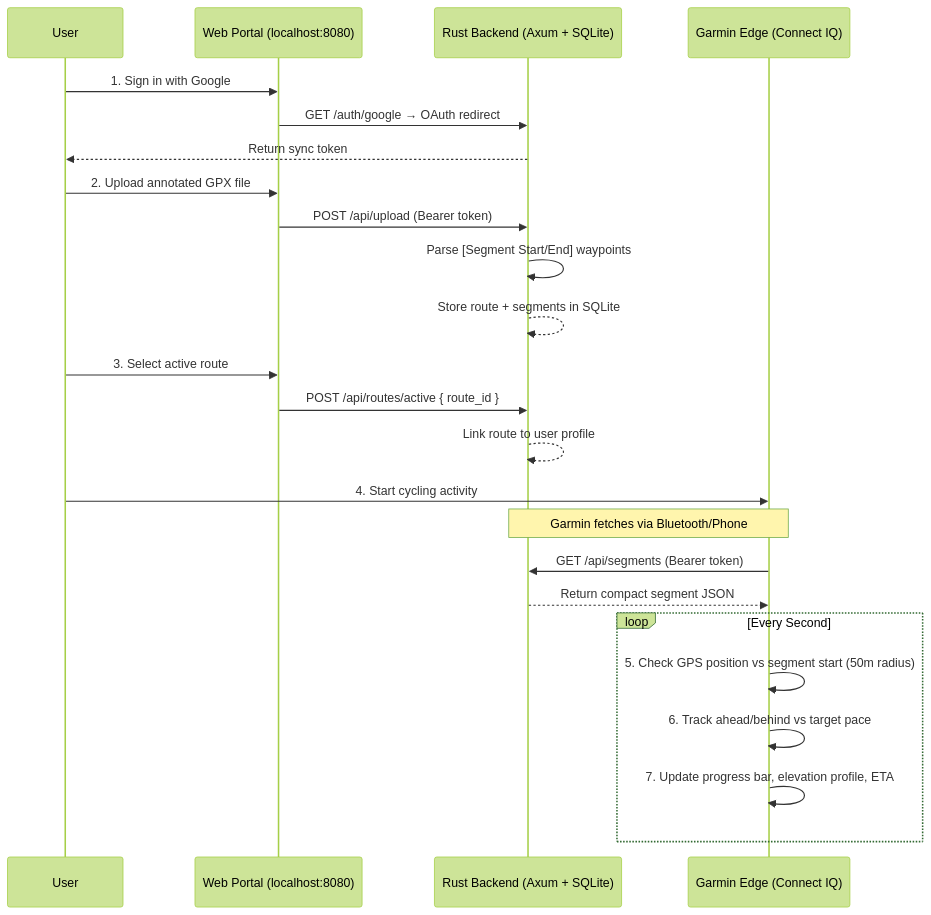
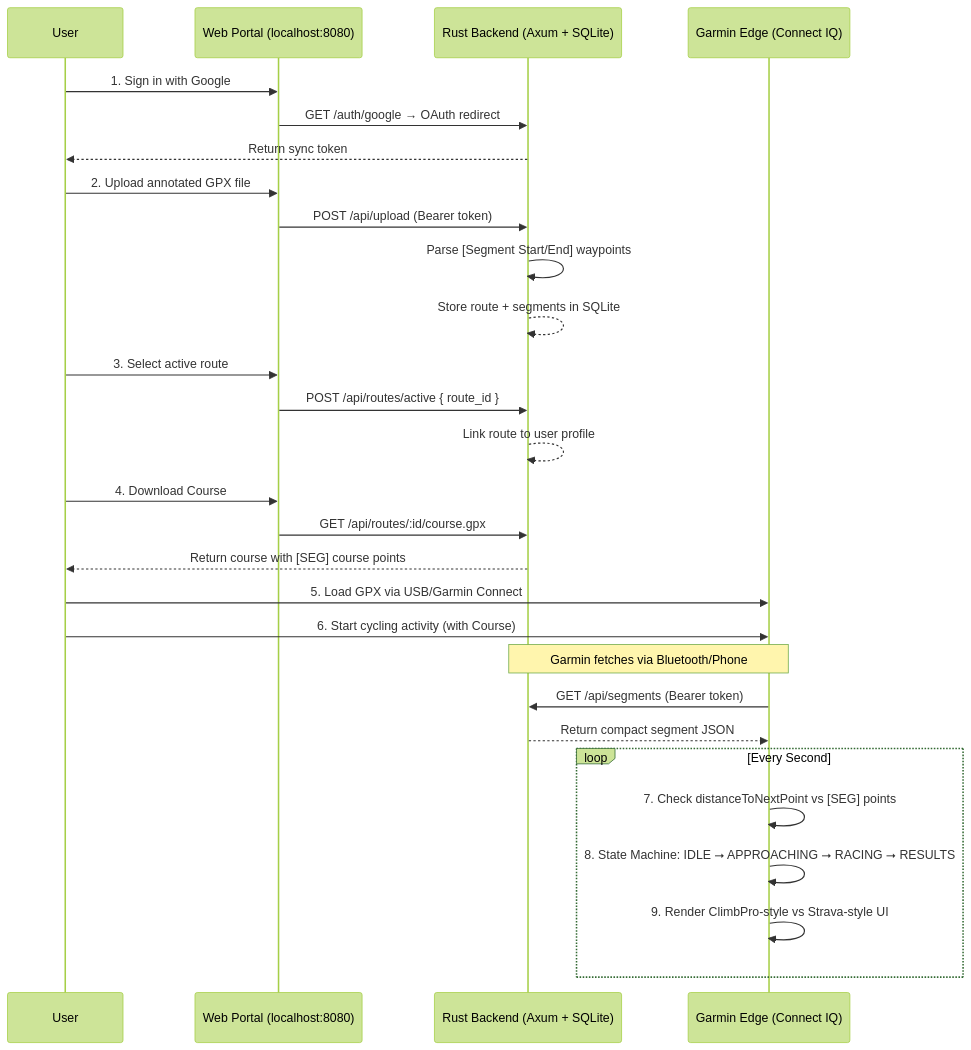
One commit to NikolaasBender/redline-iq changed the diagram in docs/architecture.md. Above: the diagram before and after it, drawn with Mermaid (forest theme). The commit also changed other lines of this file and 13 other files, not shown here.

````diff
--- a/docs/architecture.md
+++ b/docs/architecture.md
@@ -7,31 +7,36 @@
 ```mermaid
 sequenceDiagram
     participant U as User
     participant W as Web Portal (localhost:8080)
     participant B as Rust Backend (Axum + SQLite)
     participant G as Garmin Edge (Connect IQ)
 
     U->>W: 1. Sign in with Google
     W->>B: GET /auth/google → OAuth redirect
     B-->>U: Return sync token
 
     U->>W: 2. Upload annotated GPX file
     W->>B: POST /api/upload (Bearer token)
     B->>B: Parse [Segment Start/End] waypoints
     B-->>B: Store route + segments in SQLite
 
     U->>W: 3. Select active route
     W->>B: POST /api/routes/active { route_id }
     B-->>B: Link route to user profile
 
-    U->>G: 4. Start cycling activity
+    U->>W: 4. Download Course
+    W->>B: GET /api/routes/:id/course.gpx
+    B-->>U: Return course with [SEG] course points
+    U->>G: 5. Load GPX via USB/Garmin Connect
+
+    U->>G: 6. Start cycling activity (with Course)
     note over G,B: Garmin fetches via Bluetooth/Phone
     G->>B: GET /api/segments (Bearer token)
     B-->>G: Return compact segment JSON
 
     loop Every Second
-        G->>G: 5. Check GPS position vs segment start (50m radius)
-        G->>G: 6. Track ahead/behind vs target pace
-        G->>G: 7. Update progress bar, elevation profile, ETA
+        G->>G: 7. Check distanceToNextPoint vs [SEG] points
+        G->>G: 8. State Machine: IDLE ⭢ APPROACHING ⭢ RACING ⭢ RESULTS
+        G->>G: 9. Render ClimbPro-style vs Strava-style UI
     end
 ```
````
